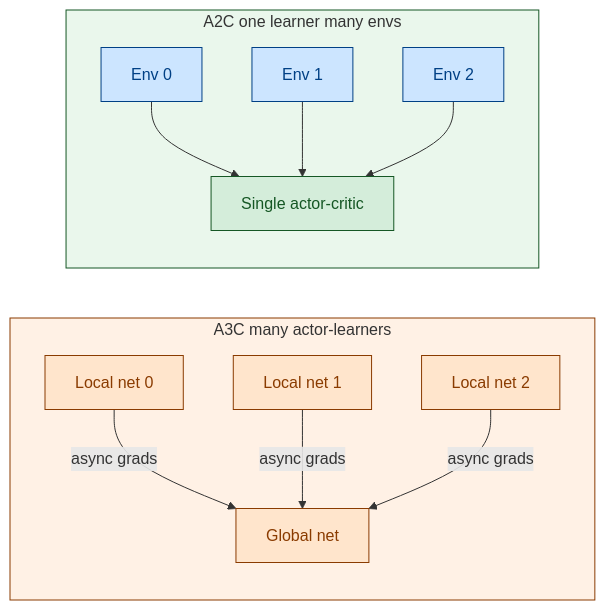
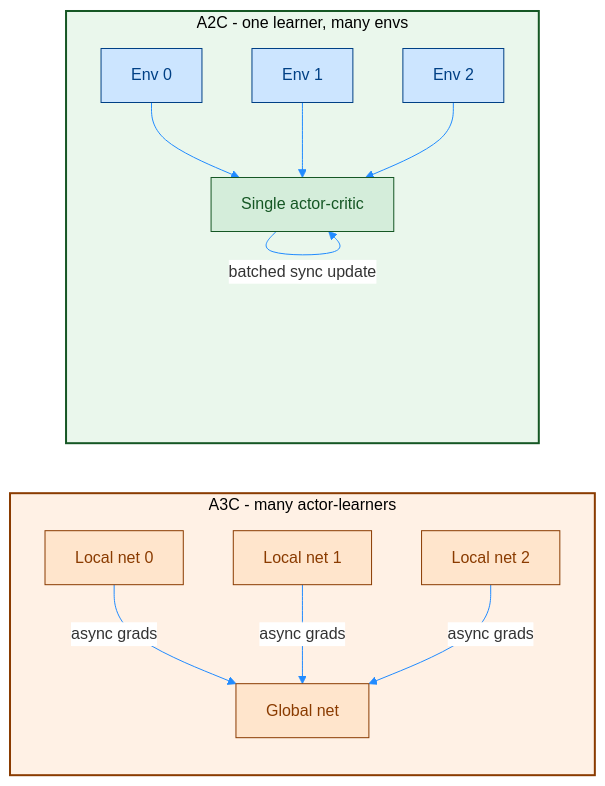
One commit to Open-Source-Robotics-For-Myanmar/rl changed the third of 4 diagrams in Day81 RL python/02_Miguel Morales - Grokking Deep Reinforcement Learning/02_rl_with_dl/rom_photos/10_1_PB_actor-critic_A2C.md. Above: the diagram before and after it, drawn with Mermaid. The commit also changed other lines of this file and 4 other files, not shown here.

````diff
--- a/Day81 RL python/02_Miguel Morales - Grokking Deep Reinforcement Learning/02_rl_with_dl/rom_photos/10_1_PB_actor-critic_A2C.md
+++ b/Day81 RL python/02_Miguel Morales - Grokking Deep Reinforcement Learning/02_rl_with_dl/rom_photos/10_1_PB_actor-critic_A2C.md
@@ -110,21 +126,30 @@
 ```mermaid
-flowchart LR
-    subgraph A3Cside["A3C many actor-learners"]
-        L0["Local net 0"]:::extra -->|"async grads"| Gnet["Global net"]:::extra
-        L1["Local net 1"]:::extra -->|"async grads"| Gnet
-        L2["Local net 2"]:::extra -->|"async grads"| Gnet
+%%{init: {'theme': 'base', 'themeVariables': { 'primaryColor': '#ffffff', 'lineColor': '#218bff'}}}%%
+graph LR
+    subgraph A3Cside [A3C - many actor-learners]
+        L0[Local net 0] -->|async grads| G[Global net]
+        L1[Local net 1] -->|async grads| G
+        L2[Local net 2] -->|async grads| G
     end
 
-    subgraph A2Cside["A2C one learner many envs"]
-        E0["Env 0"]:::shared --> NET["Single actor-critic"]:::policy
-        E1["Env 1"]:::shared --> NET
-        E2["Env 2"]:::shared --> NET
+    subgraph A2Cside [A2C - one learner, many envs]
+        E0[Env 0]
+        E1[Env 1]
+        E2[Env 2]
+        E0 --> NET[Single actor-critic]
+        E1 --> NET
+        E2 --> NET
+        NET -->|batched sync update| NET
     end
 
-    classDef shared fill:#cce5ff,stroke:#004085,color:#004085
-    classDef policy fill:#d4edda,stroke:#155724,color:#155724
-    classDef extra fill:#ffe5cc,stroke:#8a3b00,color:#8a3b00
+    classDef a3c fill:#ffe5cc,stroke:#8a3b00,stroke-width:1px,color:#8a3b00;
+    classDef a2c fill:#d4edda,stroke:#155724,stroke-width:1px,color:#155724;
+    classDef env fill:#cce5ff,stroke:#004085,stroke-width:1px,color:#004085;
 
-    style A3Cside fill:#fff1e5,stroke:#8a3b00
-    style A2Cside fill:#eaf7ec,stroke:#155724
+    class L0,L1,L2,G a3c;
+    class NET a2c;
+    class E0,E1,E2 env;
+
+    style A3Cside fill:#fff1e5,stroke:#8a3b00,stroke-width:2px;
+    style A2Cside fill:#eaf7ec,stroke:#155724,stroke-width:2px;
 ```
````
